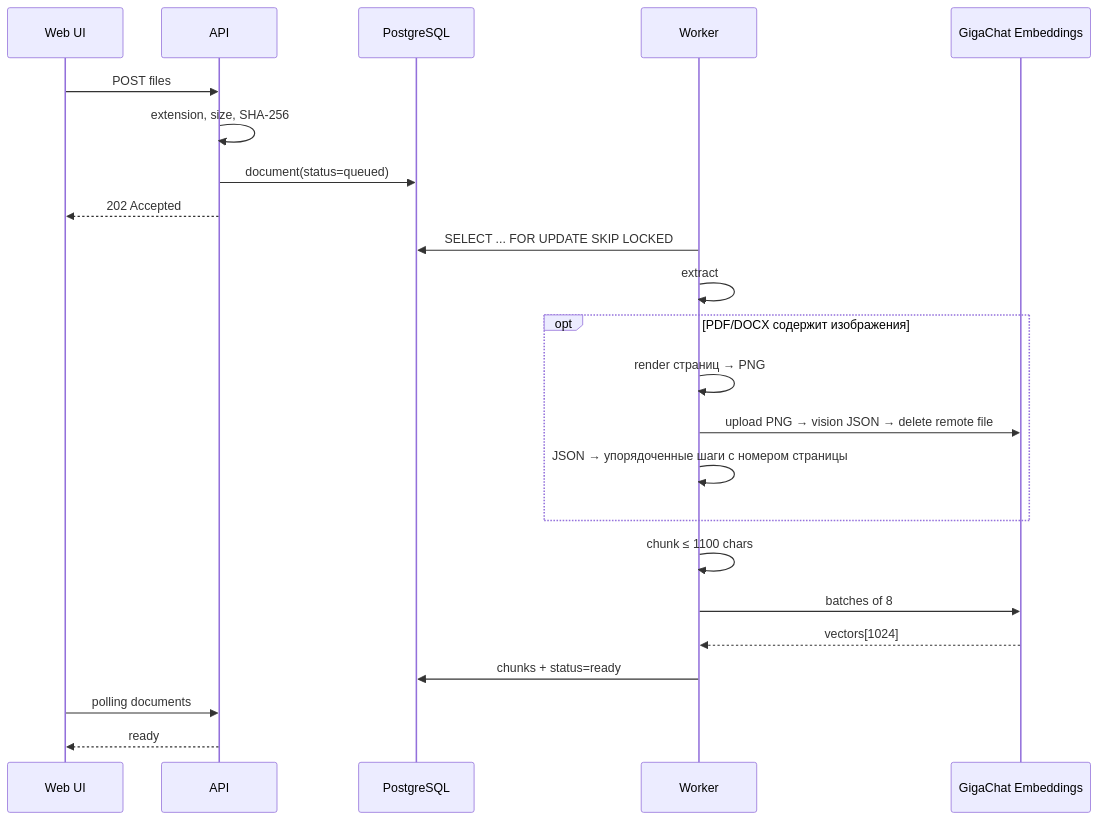
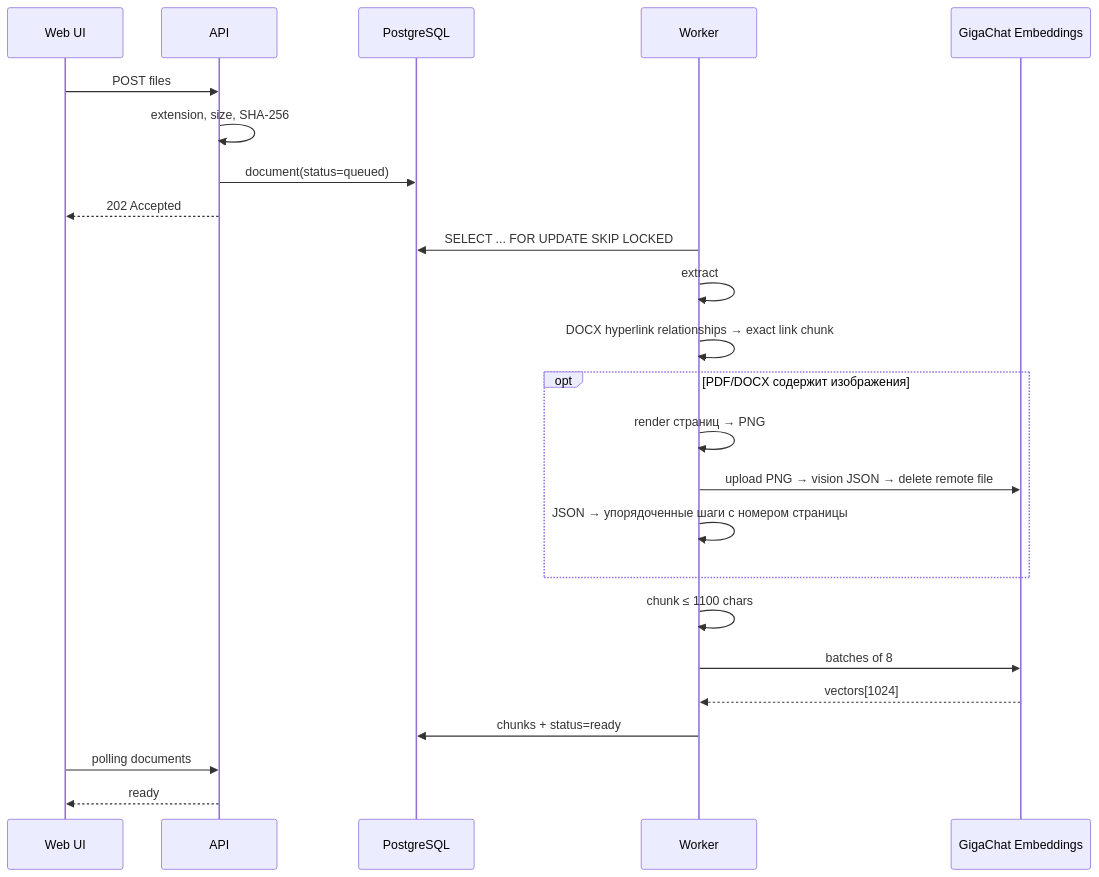
Before and after one commit to TBWTK/corporate-rag: the third of 4 diagrams in docs/ARCHITECTURE.md, drawn with Mermaid. The commit also changed other lines of this file and 20 other files, not shown here.

````diff
--- a/docs/ARCHITECTURE.md
+++ b/docs/ARCHITECTURE.md
@@ -73,25 +77,26 @@
 ```mermaid
 sequenceDiagram
   participant U as Web UI
   participant A as API
   participant D as PostgreSQL
   participant W as Worker
   participant G as GigaChat Embeddings
   U->>A: POST files
   A->>A: extension, size, SHA-256
   A->>D: document(status=queued)
   A-->>U: 202 Accepted
   W->>D: SELECT ... FOR UPDATE SKIP LOCKED
   W->>W: extract
+  W->>W: DOCX hyperlink relationships → exact link chunk
   opt PDF/DOCX содержит изображения
     W->>W: render страниц → PNG
     W->>G: upload PNG → vision JSON → delete remote file
     W->>W: JSON → упорядоченные шаги с номером страницы
   end
   W->>W: chunk ≤ 1100 chars
   W->>G: batches of 8
   G-->>W: vectors[1024]
   W->>D: chunks + status=ready
   U->>A: polling documents
   A-->>U: ready
 ```
````
